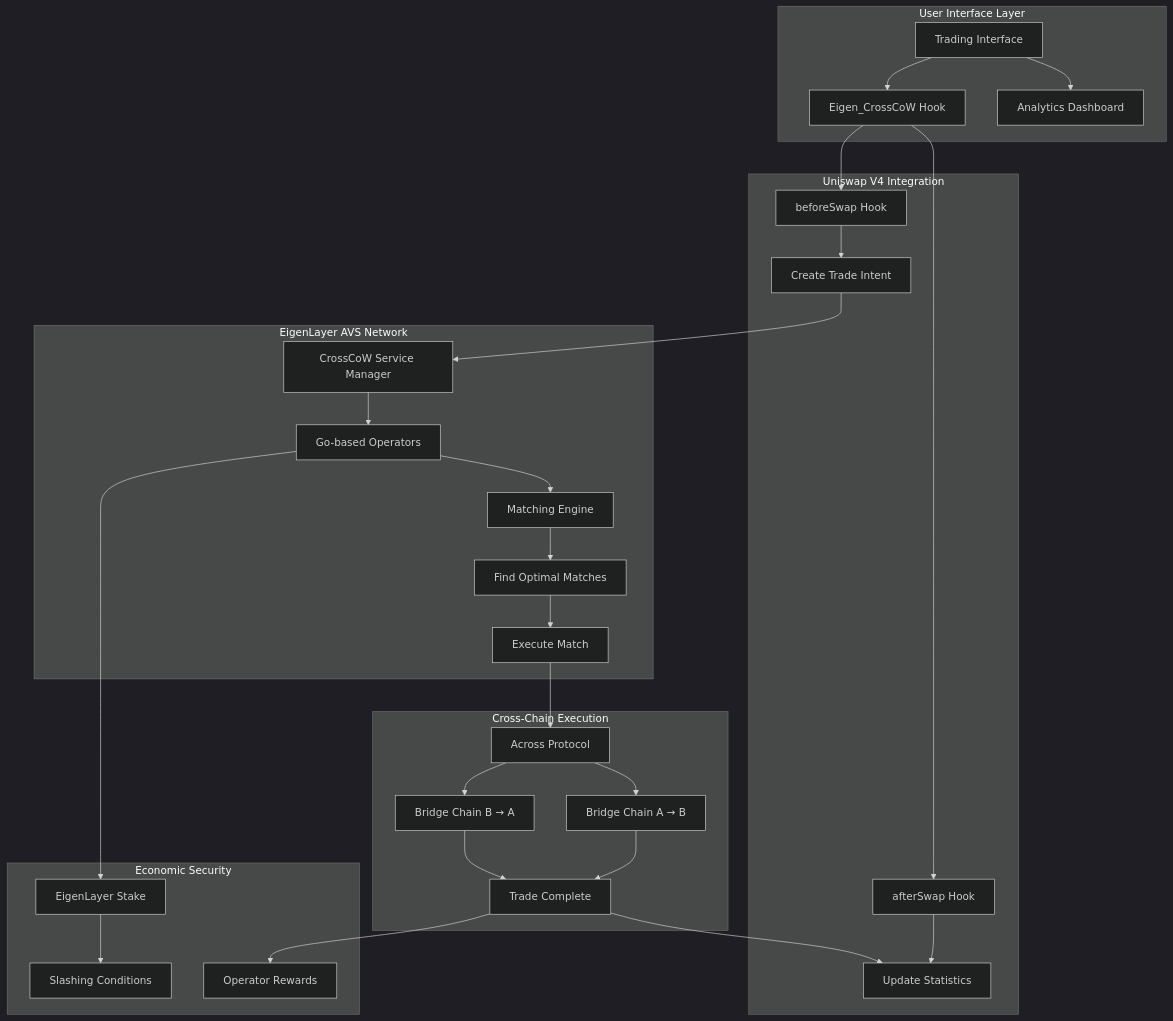
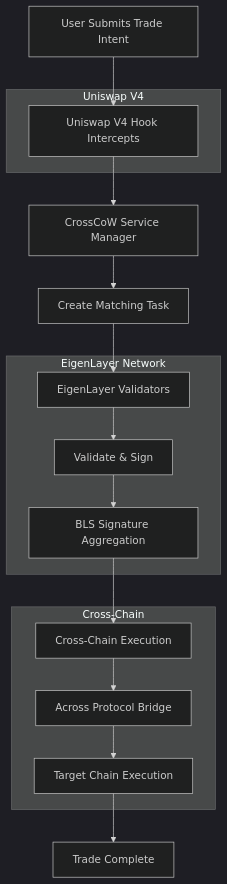
Before and after one commit to Najnomics/Eigen_CrossCoW: the first of 2 diagrams in README.md, drawn with Mermaid (dark theme). The commit also changed other lines of this file and 7 other files, not shown here.

````diff
--- a/README.md
+++ b/README.md
@@ -151,38 +70,29 @@
 ```mermaid
 graph TB
-    subgraph "User Interface Layer"
-        UI[Trading Interface] --> Hook[Eigen_CrossCoW Hook]
-        UI --> Dashboard[Analytics Dashboard]
+    A[User Submits Trade Intent] --> B[Uniswap V4 Hook Intercepts]
+    B --> C[CrossCoW Service Manager]
+    C --> D[Create Matching Task]
+    D --> E[EigenLayer Validators]
+    E --> F[Validate & Sign]
+    F --> G[BLS Signature Aggregation]
+    G --> H[Cross-Chain Execution]
+    H --> I[Across Protocol Bridge]
+    I --> J[Target Chain Execution]
+    J --> K[Trade Complete]
+    
+    subgraph "EigenLayer Network"
+        E
+        F
+        G
     end
     
-    subgraph "Uniswap V4 Integration"
-        Hook --> BeforeSwap[beforeSwap Hook]
-        Hook --> AfterSwap[afterSwap Hook]
-        BeforeSwap --> Intent[Create Trade Intent]
-        AfterSwap --> Stats[Update Statistics]
+    subgraph "Uniswap V4"
+        B
     end
     
-    subgraph "EigenLayer AVS Network"
-        Intent --> AVS[CrossCoW Service Manager]
-        AVS --> Operators[Go-based Operators]
-        Operators --> Engine[Matching Engine]
-        Engine --> Match[Find Optimal Matches]
-        Match --> Execution[Execute Match]
+    subgraph "Cross-Chain"
+        H
+        I
+        J
     end
-    
-    subgraph "Cross-Chain Execution"
-        Execution --> Across[Across Protocol]
-        Across --> Bridge1[Bridge Chain A → B]
-        Across --> Bridge2[Bridge Chain B → A]
-        Bridge1 --> Complete[Trade Complete]
-        Bridge2 --> Complete
-    end
-    
-    subgraph "Economic Security"
-        Operators --> Stake[EigenLayer Stake]
-        Stake --> Slash[Slashing Conditions]
-        Complete --> Rewards[Operator Rewards]
-    end
-    
-    Complete --> Stats
 ```
````
